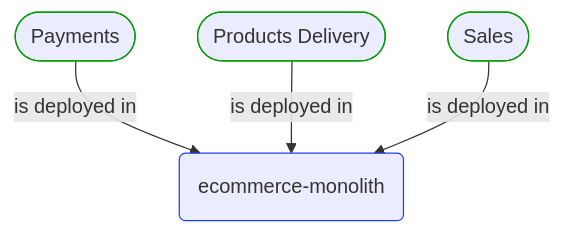
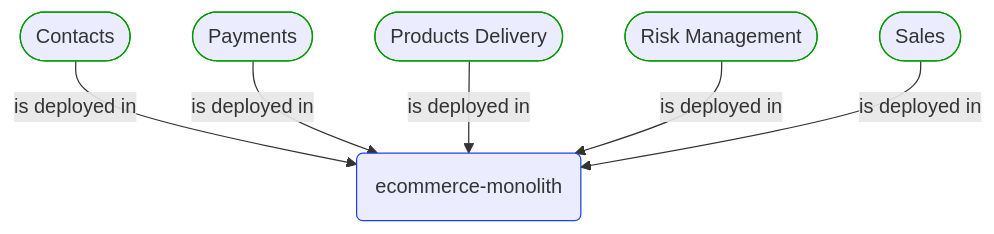
Before and after one commit to itlibrium/DDD-starter-dotnet: the first of 4 diagrams in Docs/P3/MermaidOutput/Technology/DeployableUnits/EcommerceMonolith.md, drawn with Mermaid. The commit also changed other lines of this file and 13 other files, not shown here.

````diff
--- a/Docs/P3/MermaidOutput/Technology/DeployableUnits/EcommerceMonolith.md
+++ b/Docs/P3/MermaidOutput/Technology/DeployableUnits/EcommerceMonolith.md
@@ -19,17 +19,23 @@
 ```mermaid
   flowchart TB
     0(ecommerce-monolith)
     class 0 TechnologyPerspective
-    1([Payments])
+    1([Contacts])
     class 1 DomainPerspective
     1-->|is deployed in|0
-    2([Products Delivery])
+    2([Payments])
     class 2 DomainPerspective
     2-->|is deployed in|0
-    3([Sales])
+    3([Products Delivery])
     class 3 DomainPerspective
     3-->|is deployed in|0
+    4([Risk Management])
+    class 4 DomainPerspective
+    4-->|is deployed in|0
+    5([Sales])
+    class 5 DomainPerspective
+    5-->|is deployed in|0
     classDef DomainPerspective stroke:#009900
     classDef TechnologyPerspective stroke:#1F41EB
     classDef PeoplePerspective stroke:#FFF014
 ```
````
